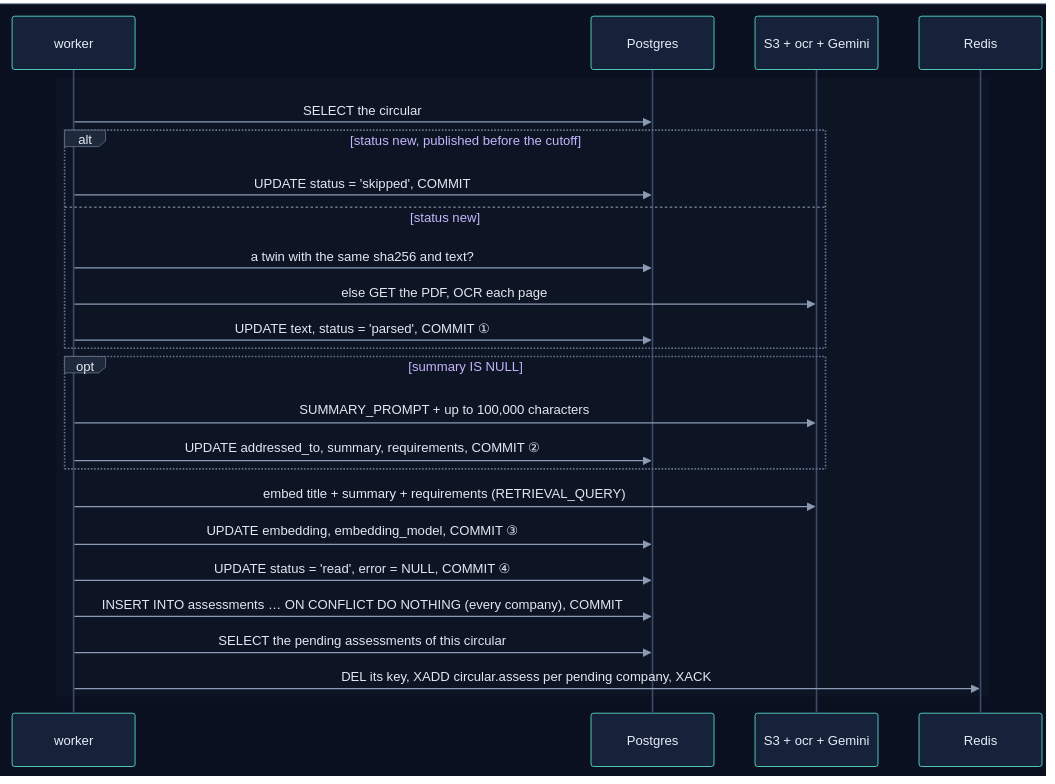
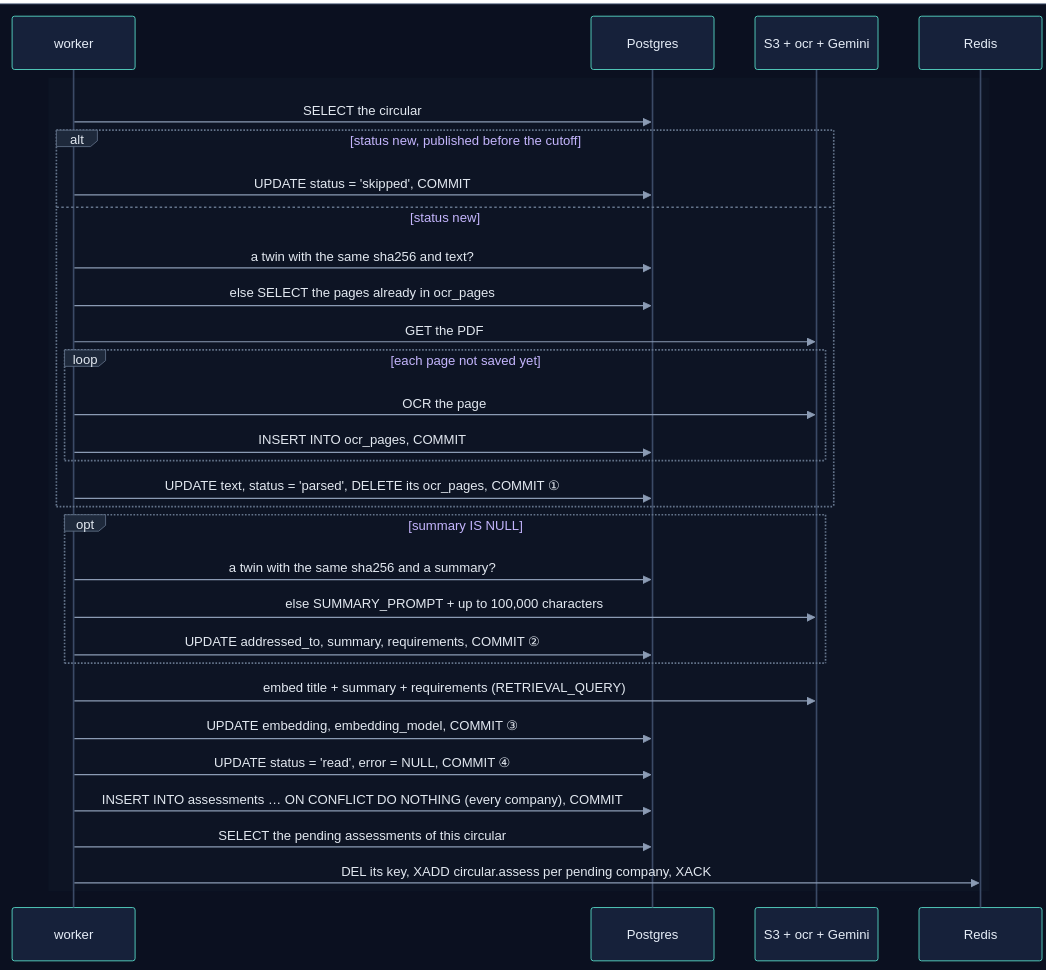
The tenth of 19 diagrams in backend/worker/INTERNALS.md (selvakumarperumal/Regulatory_Circular_Impact_Agent), drawn with Mermaid before and after one commit. The commit also changed other lines of this file and 4 other files, not shown here.

First line of the commit message:
Document page-by-page OCR and claim renewal

````diff
--- a/backend/worker/INTERNALS.md
+++ b/backend/worker/INTERNALS.md
@@ -515,31 +523,37 @@
 ```mermaid
 %%{init: {"theme": "base", "sequence": {"diagramMarginX": 0, "diagramMarginY": 0}, "themeVariables": {"darkMode": true, "primaryColor": "#16213a", "primaryTextColor": "#e6edf7", "primaryBorderColor": "#475a7a", "lineColor": "#8b9bb4", "secondaryColor": "#1b2436", "tertiaryColor": "#101a2e", "edgeLabelBackground": "#0f172a", "textColor": "#e2e8f0", "actorBkg": "#16213a", "actorBorder": "#5eead4", "actorTextColor": "#e6edf7", "actorLineColor": "#3b4a66", "signalColor": "#8b9bb4", "signalTextColor": "#e2e8f0", "noteBkgColor": "#2a2410", "noteBorderColor": "#fbbf24", "noteTextColor": "#fde68a", "labelBoxBkgColor": "#1e293b", "labelBoxBorderColor": "#64748b", "labelTextColor": "#e2e8f0", "loopTextColor": "#c4b5fd", "sequenceNumberColor": "#0b1020", "activationBkgColor": "#1e293b"}}}%%
 sequenceDiagram
     box rgb(11, 16, 32)
         participant K as worker
         participant PG as Postgres
         participant X as S3 + ocr + Gemini
         participant R as Redis
     end
 
     rect rgb(13, 20, 36)
         K->>PG: SELECT the circular
         alt status new, published before the cutoff
             K->>PG: UPDATE status = 'skipped', COMMIT
         else status new
             K->>PG: a twin with the same sha256 and text?
-            K->>X: else GET the PDF, OCR each page
-            K->>PG: UPDATE text, status = 'parsed', COMMIT ①
+            K->>PG: else SELECT the pages already in ocr_pages
+            K->>X: GET the PDF
+            loop each page not saved yet
+                K->>X: OCR the page
+                K->>PG: INSERT INTO ocr_pages, COMMIT
+            end
+            K->>PG: UPDATE text, status = 'parsed', DELETE its ocr_pages, COMMIT ①
         end
         opt summary IS NULL
-            K->>X: SUMMARY_PROMPT + up to 100,000 characters
+            K->>PG: a twin with the same sha256 and a summary?
+            K->>X: else SUMMARY_PROMPT + up to 100,000 characters
             K->>PG: UPDATE addressed_to, summary, requirements, COMMIT ②
         end
         K->>X: embed title + summary + requirements (RETRIEVAL_QUERY)
         K->>PG: UPDATE embedding, embedding_model, COMMIT ③
         K->>PG: UPDATE status = 'read', error = NULL, COMMIT ④
         K->>PG: INSERT INTO assessments … ON CONFLICT DO NOTHING (every company), COMMIT
         K->>PG: SELECT the pending assessments of this circular
         K->>R: DEL its key, XADD circular.assess per pending company, XACK
     end
 ```
````
